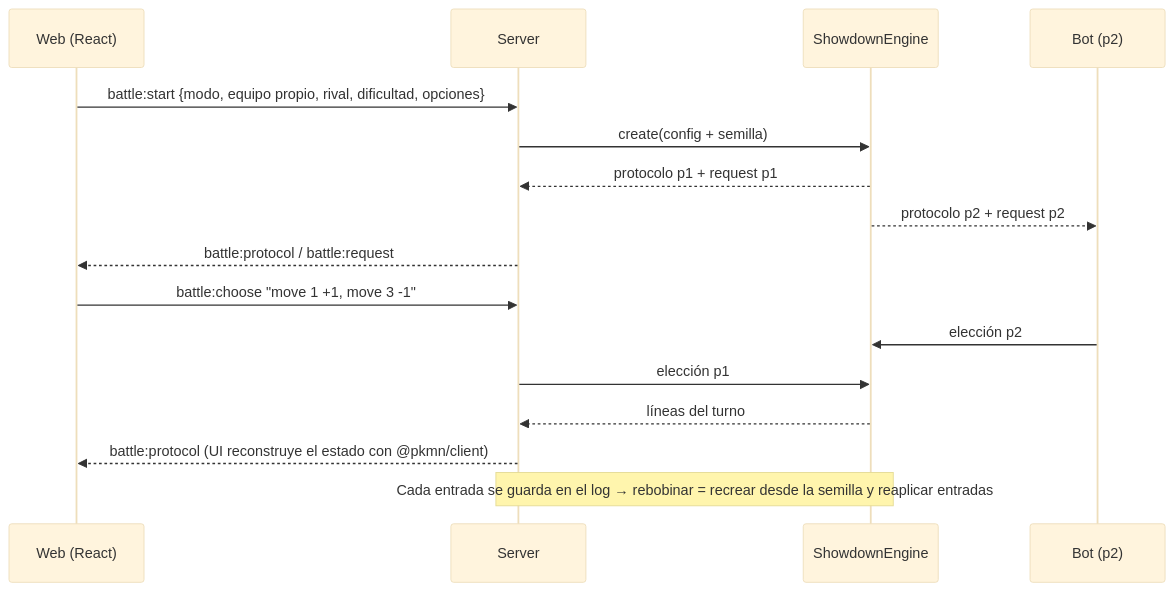
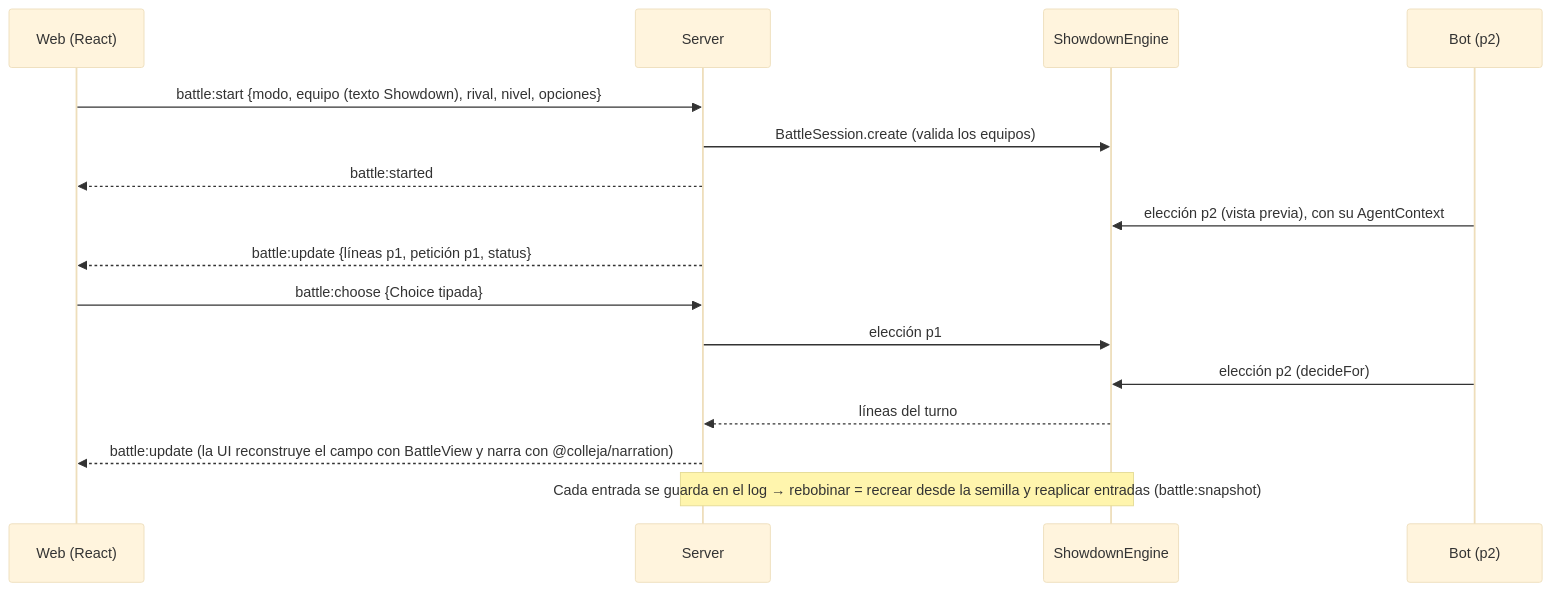
Before and after one commit to Angelet-code/pokemon-colleja: the second of 2 diagrams in docs/PLAN.md, drawn with Mermaid (base theme). The commit also changed other lines of this file and 10 other files, not shown here.

````diff
--- a/docs/PLAN.md
+++ b/docs/PLAN.md
@@ -134,18 +143,18 @@
 ```mermaid
 sequenceDiagram
   participant UI as Web (React)
   participant S as Server
   participant E as ShowdownEngine
   participant B as Bot (p2)
-  UI->>S: battle:start {modo, equipo propio, rival, dificultad, opciones}
-  S->>E: create(config + semilla)
-  E-->>S: protocolo p1 + request p1
-  E-->>B: protocolo p2 + request p2
-  S-->>UI: battle:protocol / battle:request
-  UI->>S: battle:choose "move 1 +1, move 3 -1"
-  B->>E: elección p2
+  UI->>S: battle:start {modo, equipo (texto Showdown), rival, nivel, opciones}
+  S->>E: BattleSession.create (valida los equipos)
+  S-->>UI: battle:started
+  B->>E: elección p2 (vista previa), con su AgentContext
+  S-->>UI: battle:update {líneas p1, petición p1, status}
+  UI->>S: battle:choose {Choice tipada}
   S->>E: elección p1
+  B->>E: elección p2 (decideFor)
   E-->>S: líneas del turno
-  S-->>UI: battle:protocol (UI reconstruye el estado con @pkmn/client)
-  Note over S,E: Cada entrada se guarda en el log → rebobinar = recrear desde la semilla y reaplicar entradas
+  S-->>UI: battle:update (la UI reconstruye el campo con BattleView y narra con @colleja/narration)
+  Note over S,E: Cada entrada se guarda en el log → rebobinar = recrear desde la semilla y reaplicar entradas (battle:snapshot)
 ```
````
